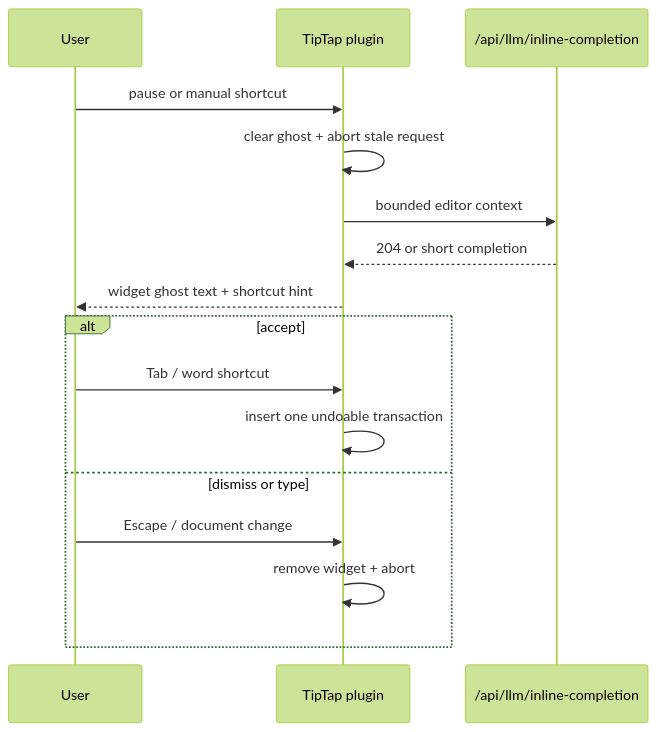
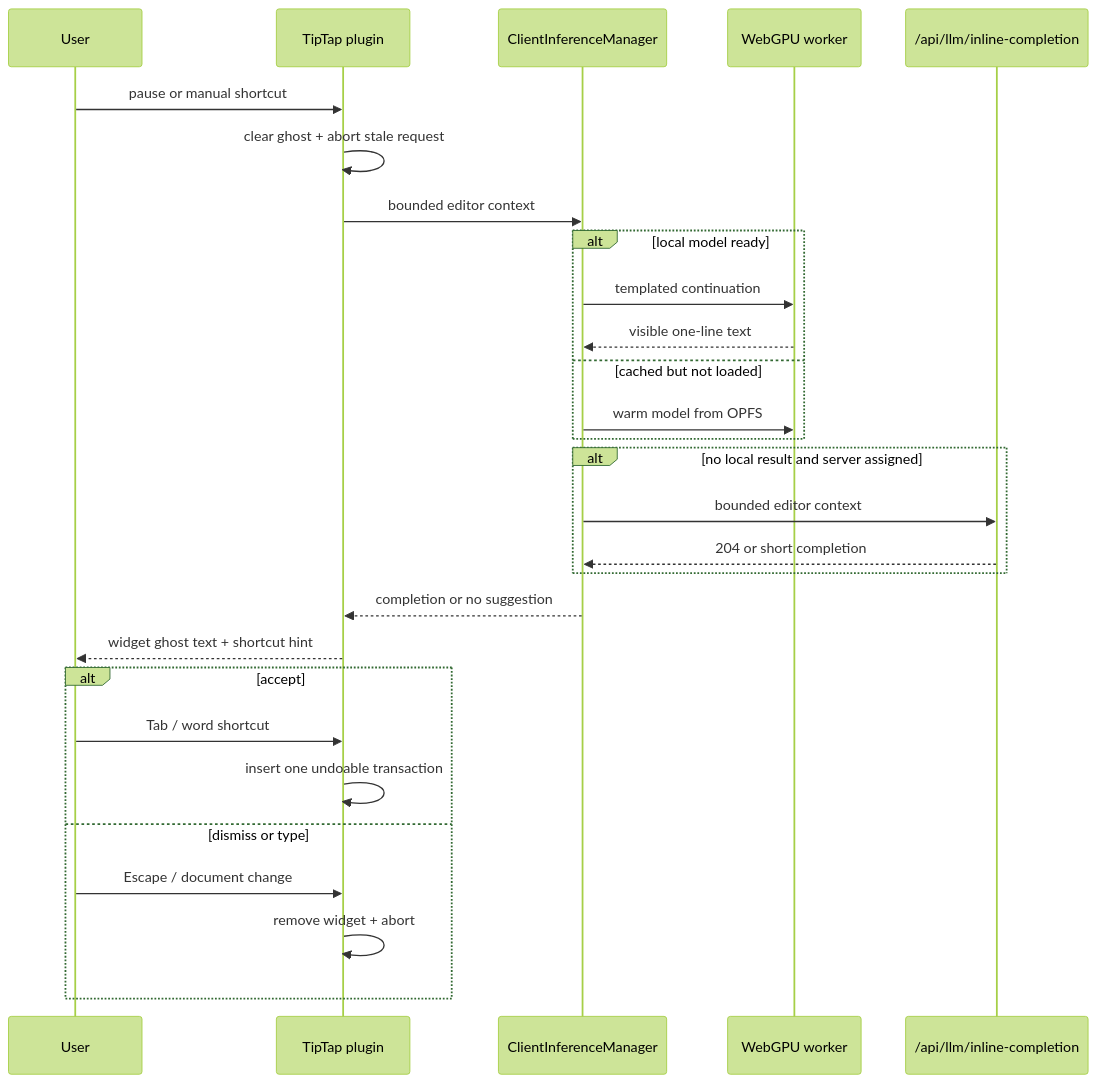
One commit to Compendiq/compendiq-ce changed the fifth of 9 diagrams in docs/architecture/04-frontend-structure.md. Above: the diagram before and after it, drawn with Mermaid (forest theme). The commit also changed other lines of this file and 18 other files, not shown here.

First line of the commit message:
fix(editor): restore local WebGPU inline suggestions (#1624)

````diff
--- a/docs/architecture/04-frontend-structure.md
+++ b/docs/architecture/04-frontend-structure.md
@@ -256,18 +261,30 @@
 ```mermaid
 sequenceDiagram
     participant U as User
     participant T as TipTap plugin
+    participant M as ClientInferenceManager
+    participant W as WebGPU worker
     participant API as /api/llm/inline-completion
     U->>T: pause or manual shortcut
     T->>T: clear ghost + abort stale request
-    T->>API: bounded editor context
-    API-->>T: 204 or short completion
+    T->>M: bounded editor context
+    alt local model ready
+        M->>W: templated continuation
+        W-->>M: visible one-line text
+    else cached but not loaded
+        M->>W: warm model from OPFS
+    end
+    alt no local result and server assigned
+        M->>API: bounded editor context
+        API-->>M: 204 or short completion
+    end
+    M-->>T: completion or no suggestion
     T-->>U: widget ghost text + shortcut hint
     alt accept
         U->>T: Tab / word shortcut
         T->>T: insert one undoable transaction
     else dismiss or type
         U->>T: Escape / document change
         T->>T: remove widget + abort
     end
 ```
````
